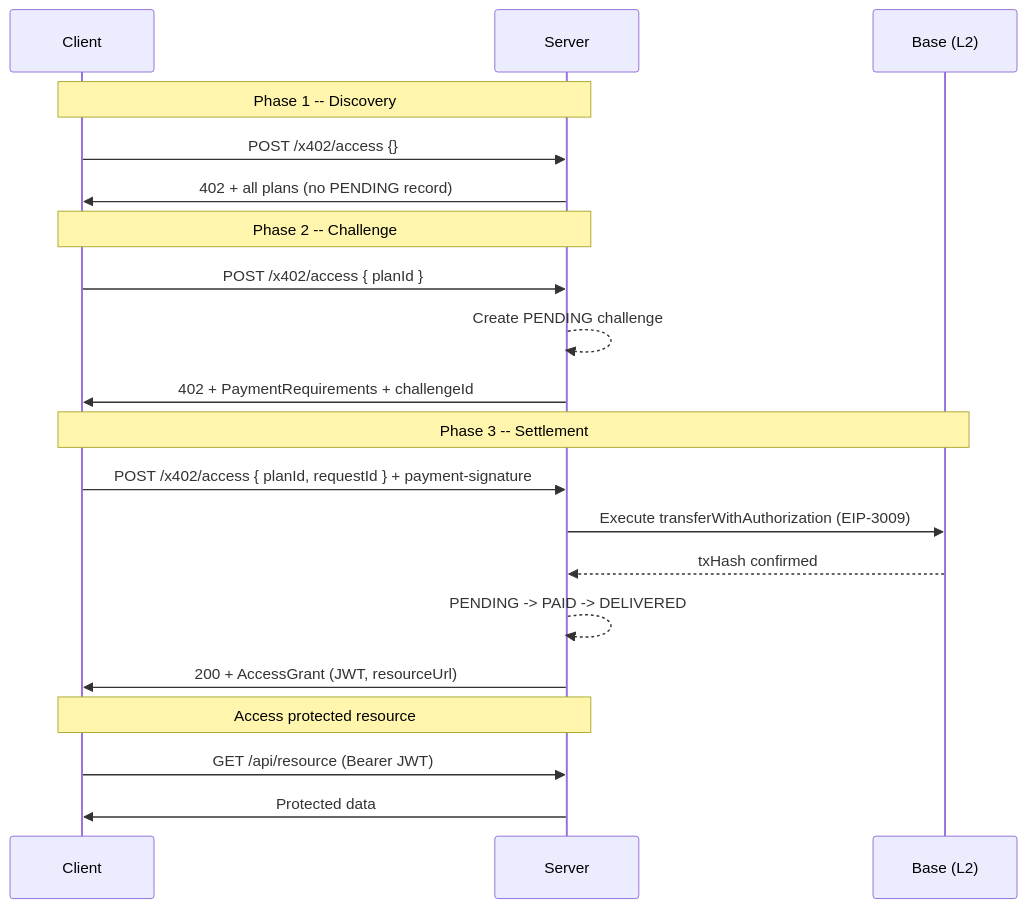
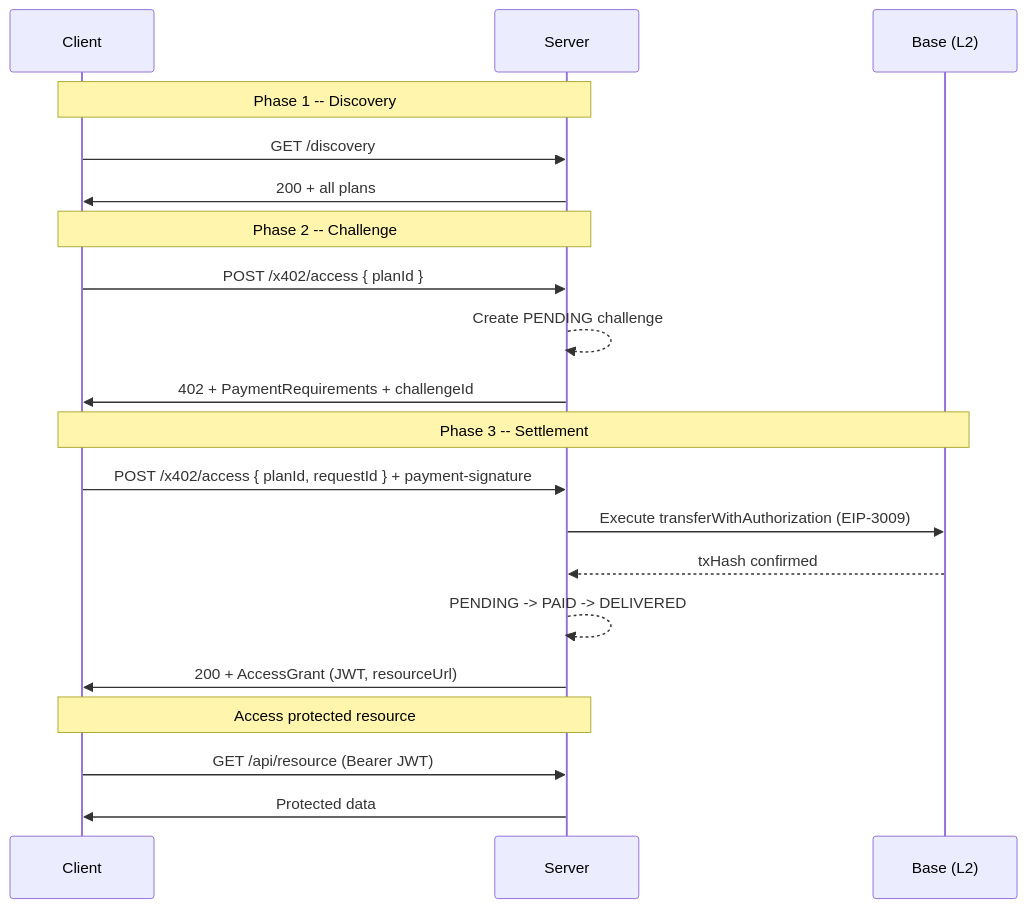
One commit to key0ai/key0 changed the diagram in docs/mintlify/protocol/x402-http-flow.mdx. Above: the diagram before and after it, drawn with Mermaid. The commit also changed other lines of this file and 20 other files, not shown here.

````diff
--- a/docs/mintlify/protocol/x402-http-flow.mdx
+++ b/docs/mintlify/protocol/x402-http-flow.mdx
@@ -14,26 +14,26 @@
 ```mermaid
 sequenceDiagram
     participant Client
     participant Server
     participant Base as Base (L2)
 
     Note over Client,Server: Phase 1 -- Discovery
-    Client->>Server: POST /x402/access {}
-    Server->>Client: 402 + all plans (no PENDING record)
+    Client->>Server: GET /discovery
+    Server->>Client: 200 + all plans
 
     Note over Client,Server: Phase 2 -- Challenge
     Client->>Server: POST /x402/access { planId }
     Server-->>Server: Create PENDING challenge
     Server->>Client: 402 + PaymentRequirements + challengeId
 
     Note over Client,Base: Phase 3 -- Settlement
     Client->>Server: POST /x402/access { planId, requestId } + payment-signature
     Server->>Base: Execute transferWithAuthorization (EIP-3009)
     Base-->>Server: txHash confirmed
     Server-->>Server: PENDING -> PAID -> DELIVERED
     Server->>Client: 200 + AccessGrant (JWT, resourceUrl)
 
     Note over Client,Server: Access protected resource
     Client->>Server: GET /api/resource (Bearer JWT)
     Server->>Client: Protected data
 ```
````
